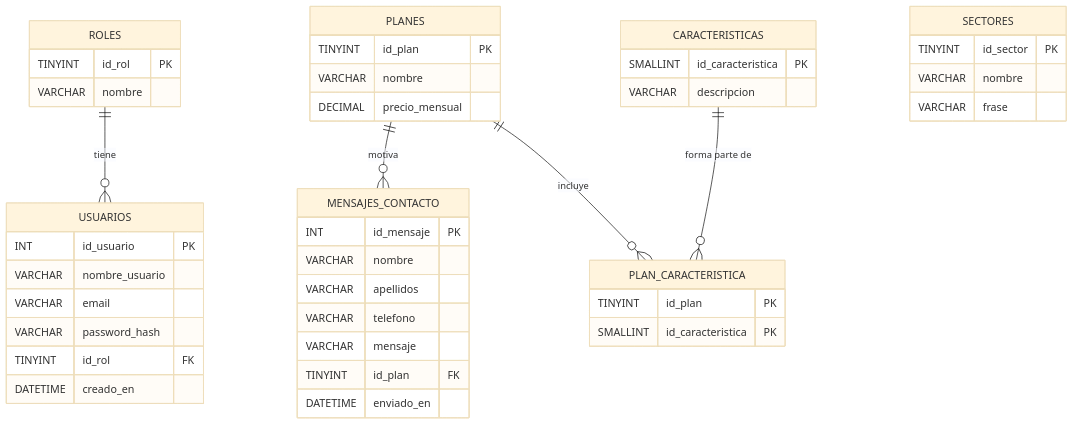
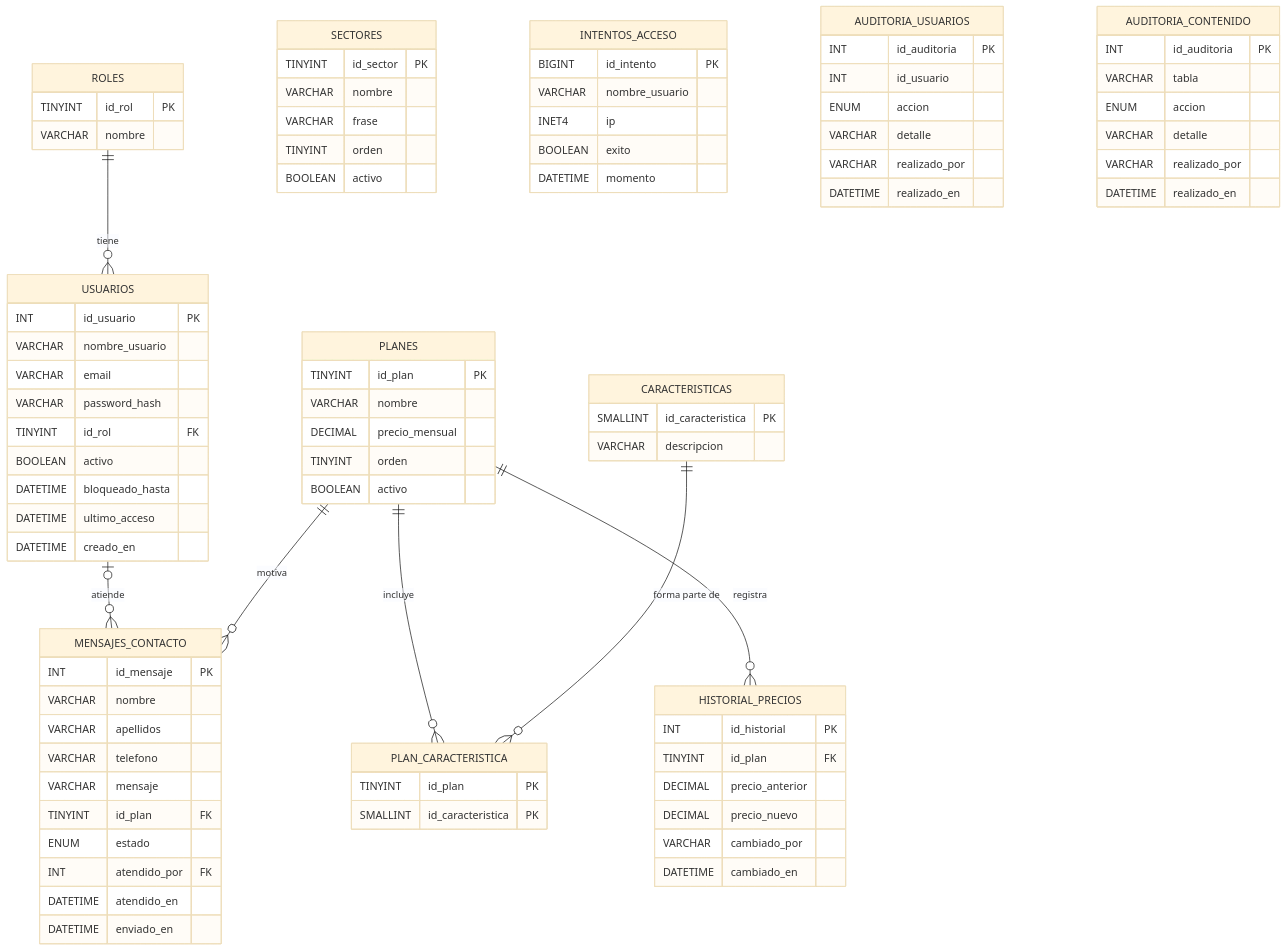
Before and after one commit to alexnaranjooo/APUNTES-ASIX: the diagram in docs/honeynet/introduccion-al-proyecto/arquitectura-del-software/3.-diagrama-de-la-base-de-datos.md, drawn with Mermaid (base theme). The commit also changed other lines of this file and 2 other files, not shown here.

Commit message:
GITBOOK-94: Base de datos de la web: diagrama E-R, procedimientos, triggers y permisos

````diff
--- a/docs/honeynet/introduccion-al-proyecto/arquitectura-del-software/3.-diagrama-de-la-base-de-datos.md
+++ b/docs/honeynet/introduccion-al-proyecto/arquitectura-del-software/3.-diagrama-de-la-base-de-datos.md
@@ -5,9 +5,11 @@
 ```mermaid
 erDiagram
     ROLES ||--o{ USUARIOS : "tiene"
+    USUARIOS |o--o{ MENSAJES_CONTACTO : "atiende"
     PLANES ||--o{ MENSAJES_CONTACTO : "motiva"
     PLANES ||--o{ PLAN_CARACTERISTICA : "incluye"
     CARACTERISTICAS ||--o{ PLAN_CARACTERISTICA : "forma parte de"
+    PLANES ||--o{ HISTORIAL_PRECIOS : "registra"
 
     ROLES {
         TINYINT id_rol PK
@@ -19,12 +21,17 @@
         VARCHAR email
         VARCHAR password_hash
         TINYINT id_rol FK
+        BOOLEAN activo
+        DATETIME bloqueado_hasta
+        DATETIME ultimo_acceso
         DATETIME creado_en
     }
     PLANES {
         TINYINT id_plan PK
         VARCHAR nombre
         DECIMAL precio_mensual
+        TINYINT orden
+        BOOLEAN activo
     }
     CARACTERISTICAS {
         SMALLINT id_caracteristica PK
@@ -34,6 +41,13 @@
         TINYINT id_plan PK
         SMALLINT id_caracteristica PK
     }
+    SECTORES {
+        TINYINT id_sector PK
+        VARCHAR nombre
+        VARCHAR frase
+        TINYINT orden
+        BOOLEAN activo
+    }
     MENSAJES_CONTACTO {
         INT id_mensaje PK
         VARCHAR nombre
@@ -41,11 +55,40 @@
         VARCHAR telefono
         VARCHAR mensaje
         TINYINT id_plan FK
+        ENUM estado
+        INT atendido_por FK
+        DATETIME atendido_en
         DATETIME enviado_en
     }
-    SECTORES {
-        TINYINT id_sector PK
-        VARCHAR nombre
-        VARCHAR frase
+    INTENTOS_ACCESO {
+        BIGINT id_intento PK
+        VARCHAR nombre_usuario
+        INET4 ip
+        BOOLEAN exito
+        DATETIME momento
+    }
+    HISTORIAL_PRECIOS {
+        INT id_historial PK
+        TINYINT id_plan FK
+        DECIMAL precio_anterior
+        DECIMAL precio_nuevo
+        VARCHAR cambiado_por
+        DATETIME cambiado_en
+    }
+    AUDITORIA_USUARIOS {
+        INT id_auditoria PK
+        INT id_usuario
+        ENUM accion
+        VARCHAR detalle
+        VARCHAR realizado_por
+        DATETIME realizado_en
+    }
+    AUDITORIA_CONTENIDO {
+        INT id_auditoria PK
+        VARCHAR tabla
+        ENUM accion
+        VARCHAR detalle
+        VARCHAR realizado_por
+        DATETIME realizado_en
     }
 ```
````
